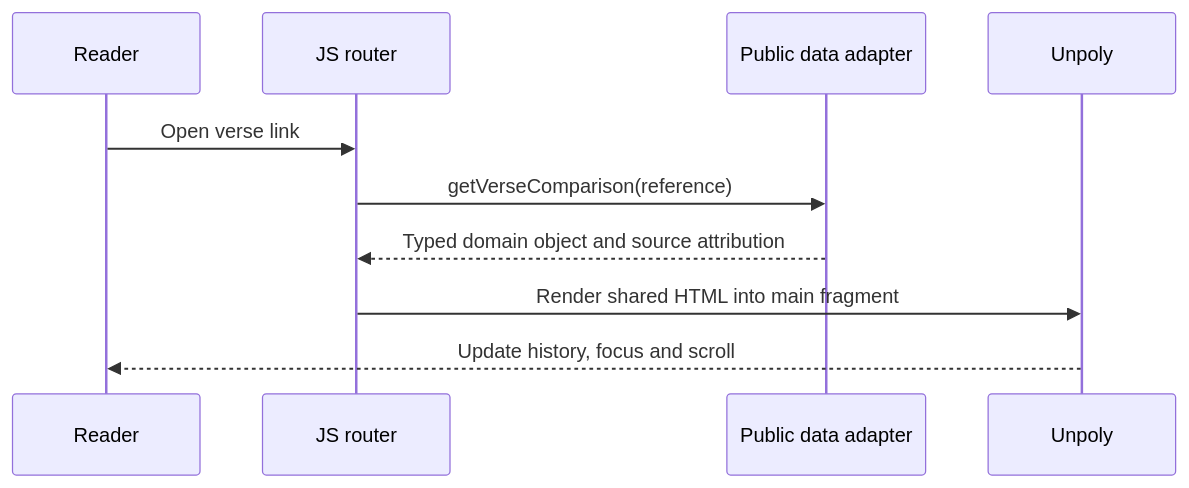
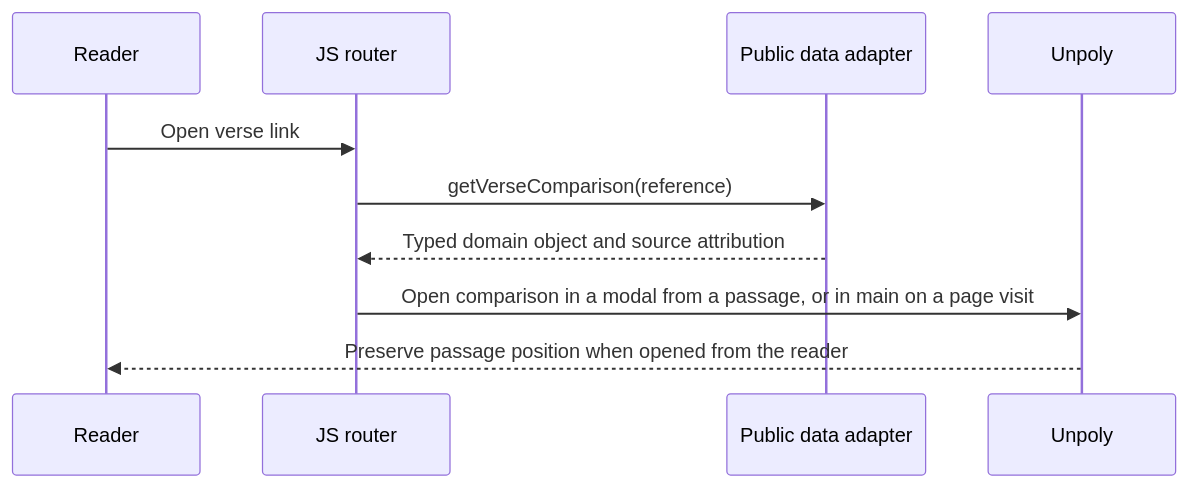
The second of 4 diagrams in docs/migration/architecture.md (tometchy/KazdyDzienZJezusem), drawn with Mermaid before and after one commit. The commit also changed other lines of this file and 12 other files, not shown here.

````diff
--- a/docs/migration/architecture.md
+++ b/docs/migration/architecture.md
@@ -69,12 +70,12 @@
 ```mermaid
 sequenceDiagram
   participant R as Reader
   participant J as JS router
   participant D as Public data adapter
   participant U as Unpoly
   R->>J: Open verse link
   J->>D: getVerseComparison(reference)
   D-->>J: Typed domain object and source attribution
-  J->>U: Render shared HTML into main fragment
-  U-->>R: Update history, focus and scroll
+  J->>U: Open comparison in a modal from a passage, or in main on a page visit
+  U-->>R: Preserve passage position when opened from the reader
 ```
````
